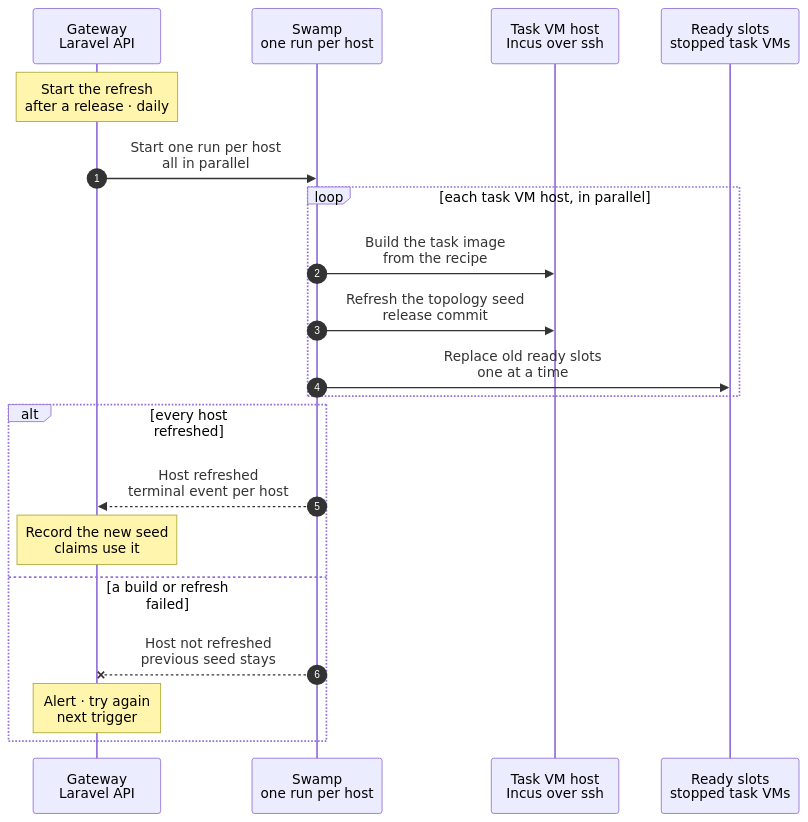
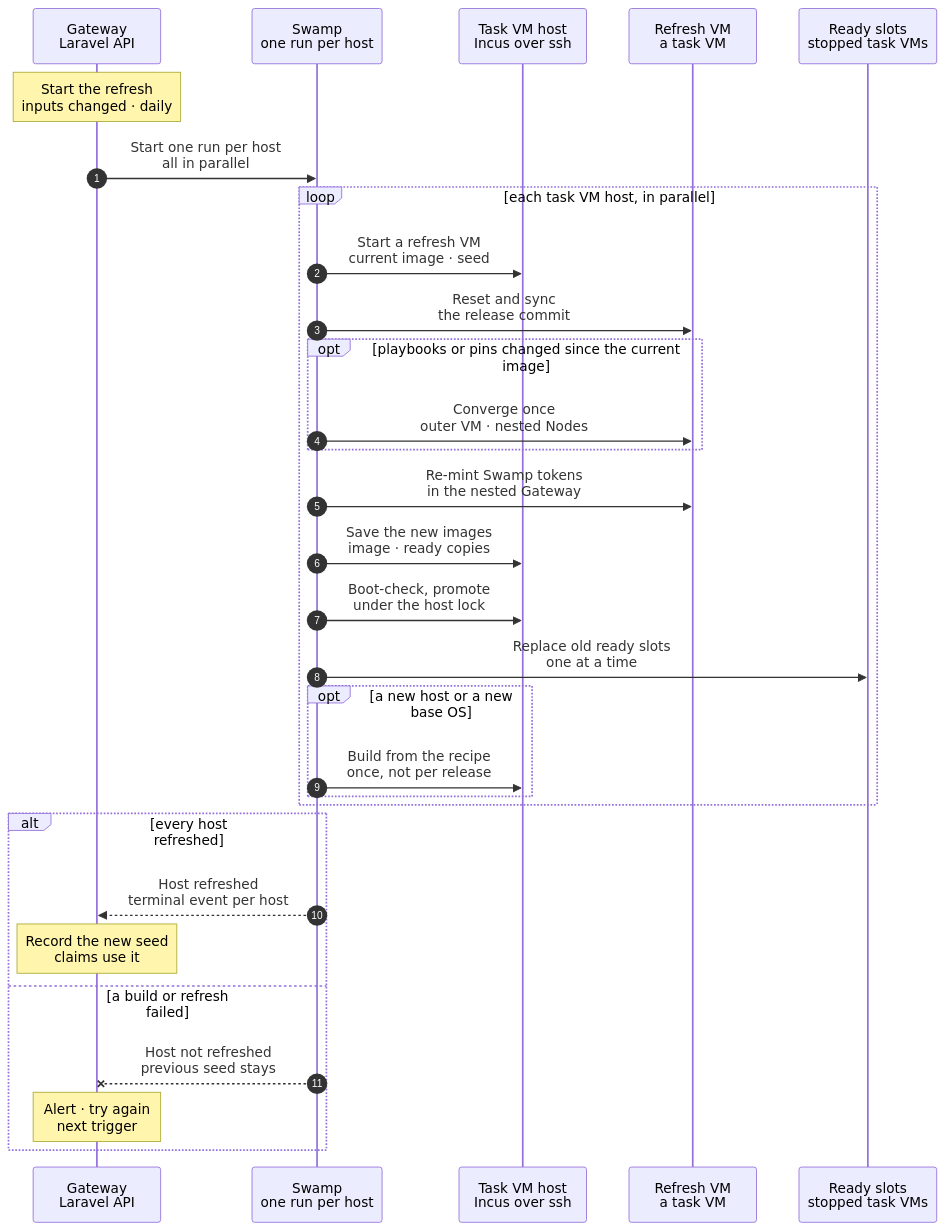
The diagram in docs/reference/pipeline/6-task-image-seed-refresh.mmd (hardimpactdev/orbit), drawn with Mermaid before and after one commit. The commit also changed 16 other files, not shown here.

First line of the commit message:
docs: record the no-merge-queue decision and the stage 4 to 6 charts

```diff
--- a/docs/reference/pipeline/6-task-image-seed-refresh.mmd
+++ b/docs/reference/pipeline/6-task-image-seed-refresh.mmd
@@ -1,68 +1,87 @@
 sequenceDiagram
-  %% Target design: stage 6 of the command development pipeline (feature-flow section 7). After each release and at least daily, every task VM host refreshes its own task image and topology seed, in parallel; ready slots built from the old image are replaced one at a time. Nothing is copied between hosts.
+  %% Target design: stage 6 of the command development pipeline (feature-flow section 7). After a release that changed playbooks, pins or lock files, and at least daily, every task VM host brings its current task image and topology seed up to the release, in parallel, and saves them as the new ones: no build from the recipe; ready slots built from the old image are replaced one at a time. Nothing is copied between hosts.
   %% status: draft
   %% command: development pipeline stage 6 · per-host task image and seed refresh
   %% kind: pipeline.6-task-image-seed-refresh
   autonumber
   %% lane GW icon=gateway pill=intent tone=blue
   %% lane SW icon=workflow pill=executes tone=green
   %% lane H icon=server pill=each host tone=amber
+  %% lane VM icon=server pill=target tone=gray
   %% lane SL icon=server pill=pool tone=purple
   participant GW as Gateway<br/>Laravel API
   participant SW as Swamp<br/>one run per host
   participant H as Task VM host<br/>Incus over ssh
+  participant VM as Refresh VM<br/>a task VM
   participant SL as Ready slots<br/>stopped task VMs
-  Note over GW: Start the refresh<br/>after a release · daily
+  Note over GW: Start the refresh<br/>inputs changed · daily
   %%> Triggers:
-  %%> - a release that went live and passed its check (stage 5)
+  %%> - a release that went live and passed its check (stage 5), only when it changed what the images carry: playbooks, pins or lock files; a code-only release needs no refresh, because a task syncs that code in about 2 s
   %%> - a daily schedule, so a seed never gets older than a day: the Swamp tokens in the ready copies last 24 hours and a ready copy expires after 20
   %%> Not built:
   %%> - both triggers (B8); today an operator runs `php artisan task-vms:refresh-seed HOST`
+  %%> Hosts:
+  %%> - Linux only: the task VM hosts beast and shark, with Incus
   %%> Requirements per host:
-  %%> - an active task VM host with no image build running and three free large slots
+  %%> - an active task VM host with no refresh running and one free large slot for the refresh VM
   %%> - the Gateway has the release commit, GitHub App read access to the repository, and the proof Swamp Club key
   GW->>SW: Start one run per host<br/>all in parallel
   %%> Why:
-  %%> - hosts differ in CPU, and a copy between hosts loses the storage sharing inside the seed; so each host builds its own
+  %%> - hosts differ in CPU, and a copy between hosts loses the storage sharing inside the seed; so each host refreshes its own
   %%> - a second admission for a host returns the open task
   loop each task VM host, in parallel
-    SW->>H: Build the task image<br/>from the recipe
+    SW->>H: Start a refresh VM<br/>current image · seed
     %%> What it does:
-    %%> - builds a builder VM from the stock image, runs the recipe phases, smoke-tests it and publishes it
-    %%> - promotes the image only when built and smoke-tested; a failed build leaves the previous image
-    %%> Chart:
-    %%> - `task_vm.image_build`
-    %%> Target, not built:
-    %%> - the build uses the same playbooks as Nodes and no orbit-agent
-    SW->>H: Refresh the topology seed<br/>release commit
+    %%> - starts a task VM from the host's current task image, with a clone of its current topology seed, as for any task
+    SW->>VM: Reset and sync<br/>the release commit
     %%> What it does:
-    %%> - clones the current seed, boots a builder from the new image, checks out the release commit, runs `proof-fleet reset` and `ready`
-    %%> - boots a throwaway copy of each ready copy to check it, stops the builder, and promotes the clone under the host lock
-    %%> - keeps the old seed as `-previous`, the rollback copy; cleanup always runs
-    %%> Target, not built:
-    %%> - the nested Gateway and app-dev ready copies hold their own checkout of the release commit, with `vendor` and `node_modules` installed and the package caches warm; no code share from the outer VM
-    %%> - task VMs already running keep their own copy; when one rebases onto main, its sync sees the changed playbooks and converges that VM (stage 2)
-    %%> Chart:
-    %%> - `task_vm.seed_refresh`
+    %%> - resets the nested fleet from the current ready copies and syncs the release commit into the nested Gateway and app-dev, the same sync as stage 2
+    %%> - `composer install` or `bun install` only where a lock file changed; then migrations and a Swamp reload
+    opt playbooks or pins changed since the current image
+      SW->>VM: Converge once<br/>outer VM · nested Nodes
+      %%> What it does:
+      %%> - image playbooks on the outer VM; role playbooks and pins on the nested Nodes, through the nested Orbit's `node:converge`
+      %%> - the same step as in the proof CI (stage 4)
+    end
+    SW->>VM: Re-mint Swamp tokens<br/>in the nested Gateway
+    %%> Why:
+    %%> - the tokens of the ready copies last 24 hours, so every refresh starts them fresh
+    SW->>H: Save the new images<br/>image · ready copies
+    %%> What it does:
+    %%> - stops the nested VMs and copies them into a clone of the seed as the new ready copies, key-free: the proof Club key is deleted, every file is scanned for it, and freed blocks are trimmed
+    %%> - publishes the outer VM as the new task image
+    SW->>H: Boot-check, promote<br/>under the host lock
+    %%> What it does:
+    %%> - boots a throwaway copy of each ready copy and of the image to check them, then promotes both and destroys the refresh VM
+    %%> - keeps the old image and seed as `-previous`, the rollback copy; cleanup always runs
+    %%> - a failed step keeps the old image and seed
+    %%> Not built:
+    %%> - the whole refresh from a running task VM; today the seed refresh boots a builder from the image and runs `proof-fleet reset` and `ready`, and the image is built from the recipe
     SW->>SL: Replace old ready slots<br/>one at a time
     %%> Target, not built:
     %%> - destroys a ready slot made from the old image, enrols a new one from the new image, then takes the next
     %%> - a slot is always ready; a slot in use keeps running on its own clone
     %%> - when the image did not change, nothing is replaced
+    opt a new host or a new base OS
+      SW->>H: Build from the recipe<br/>once, not per release
+      %%> What it does:
+      %%> - builds the task image from the stock image with the recipe phases (`task_vm.image_build`) and the first seed (`task_vm.seed_refresh`)
+      %%> - every later release only brings these up to date
+    end
   end
   alt every host refreshed
     SW-->>GW: Host refreshed<br/>terminal event per host
     %%> What it does:
     %%> - each host reports its own result; one slow host does not hold the others
     Note over GW: Record the new seed<br/>claims use it
     %%> Result:
     %%> - the next task VM and the next proof start from the new seed, which holds the running release
     %%> - no fleet test follows; the seed is checked only by its own throwaway boot
   else a build or refresh failed
     SW--xGW: Host not refreshed<br/>previous seed stays
     %%> On failure:
     %%> - the failed step is named; the host keeps the image and seed it had, and the next trigger tries again
     Note over GW: Alert · try again<br/>next trigger
     %%> Result:
     %%> - the host keeps the image and seed it had; the other hosts are not affected
   end
```
